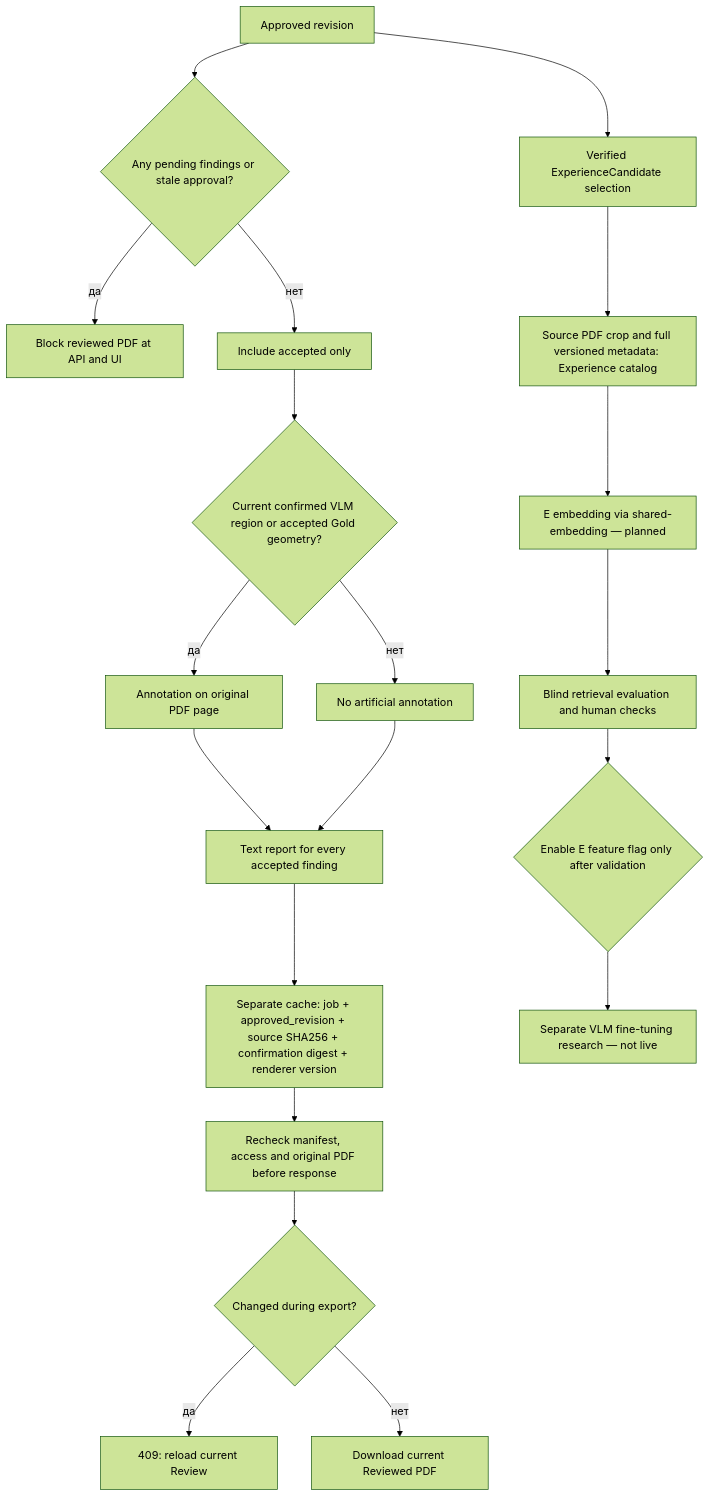
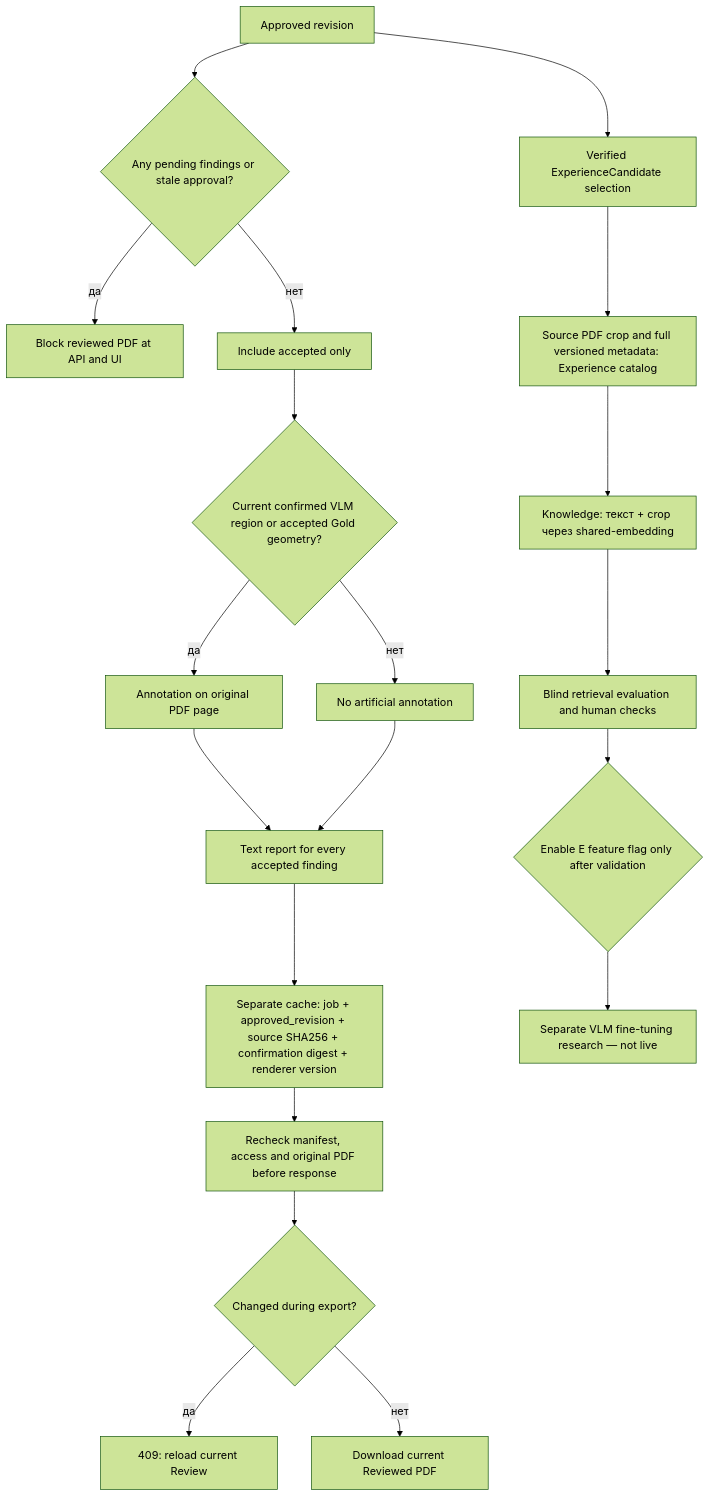
Before and after one commit to Amadu-A/PDRD-validation: diagram 14 of 15 in README.md, drawn with Mermaid (forest theme). The commit also changed other lines of this file and 48 other files, not shown here.

````diff
--- a/README.md
+++ b/README.md
@@ -668,22 +668,22 @@
 ```mermaid
 flowchart TD
     REV["Approved revision"] --> LOCK{"Any pending findings or stale approval?"}
     LOCK -->|да| DENY["Block reviewed PDF at API and UI"]
     LOCK -->|нет| FILTER["Include accepted only"]
     FILTER --> PAGE{"Current confirmed VLM region or accepted Gold geometry?"}
     PAGE -->|да| DRAW["Annotation on original PDF page"]
     PAGE -->|нет| NO_BOX["No artificial annotation"]
     DRAW --> REPORT["Text report for every accepted finding"]
     NO_BOX --> REPORT
     REPORT --> CACHE["Separate cache: job + approved_revision + source SHA256 + confirmation digest + renderer version"]
     CACHE --> CHECK["Recheck manifest, access and original PDF before response"]
     CHECK --> CHANGED{"Changed during export?"}
     CHANGED -->|да| CONFLICT["409: reload current Review"]
     CHANGED -->|нет| DOWNLOAD["Download current Reviewed PDF"]
     REV --> SELECT["Verified ExperienceCandidate selection"]
     SELECT --> CROPS["Source PDF crop and full versioned metadata: Experience catalog"]
-    CROPS --> INDEX["E embedding via shared-embedding — planned"]
+    CROPS --> INDEX["Knowledge: текст + crop через shared-embedding"]
     INDEX --> EVAL["Blind retrieval evaluation and human checks"]
     EVAL --> FLAG{"Enable E feature flag only after validation"}
     FLAG --> TRAIN["Separate VLM fine-tuning research — not live"]
 ```
````
